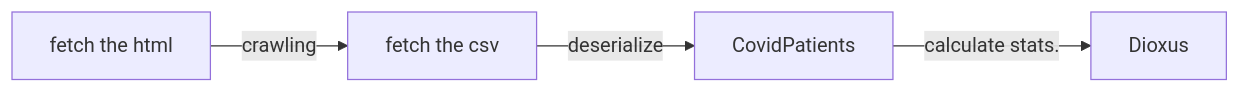
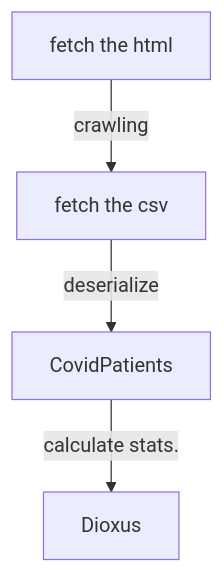
The diagram in README.md (shnarazk/fukuoka-C19), drawn with Mermaid before and after one commit.

````diff
--- a/README.md
+++ b/README.md
@@ -11,6 +11,6 @@
 ```mermaid
-flowchart LR
-A[fetch the html] --crawling--> B[fetch the csv];
-B --deserialize--> C[CovidPatients];
-C --calculate stats.--> D[Dioxus];
+flowchart TD
+A[fetch the html] -- crawling --> B[fetch the csv];
+B -- deserialize --> C[CovidPatients];
+C -- calculate stats. --> D[Dioxus];
 ```
````
